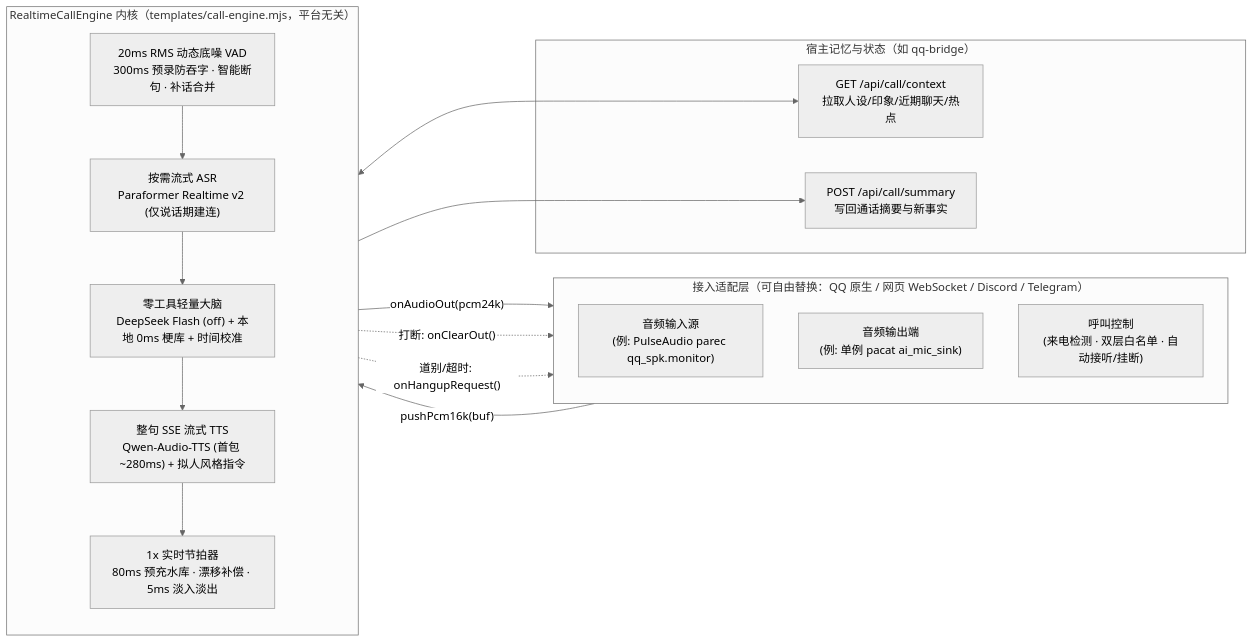
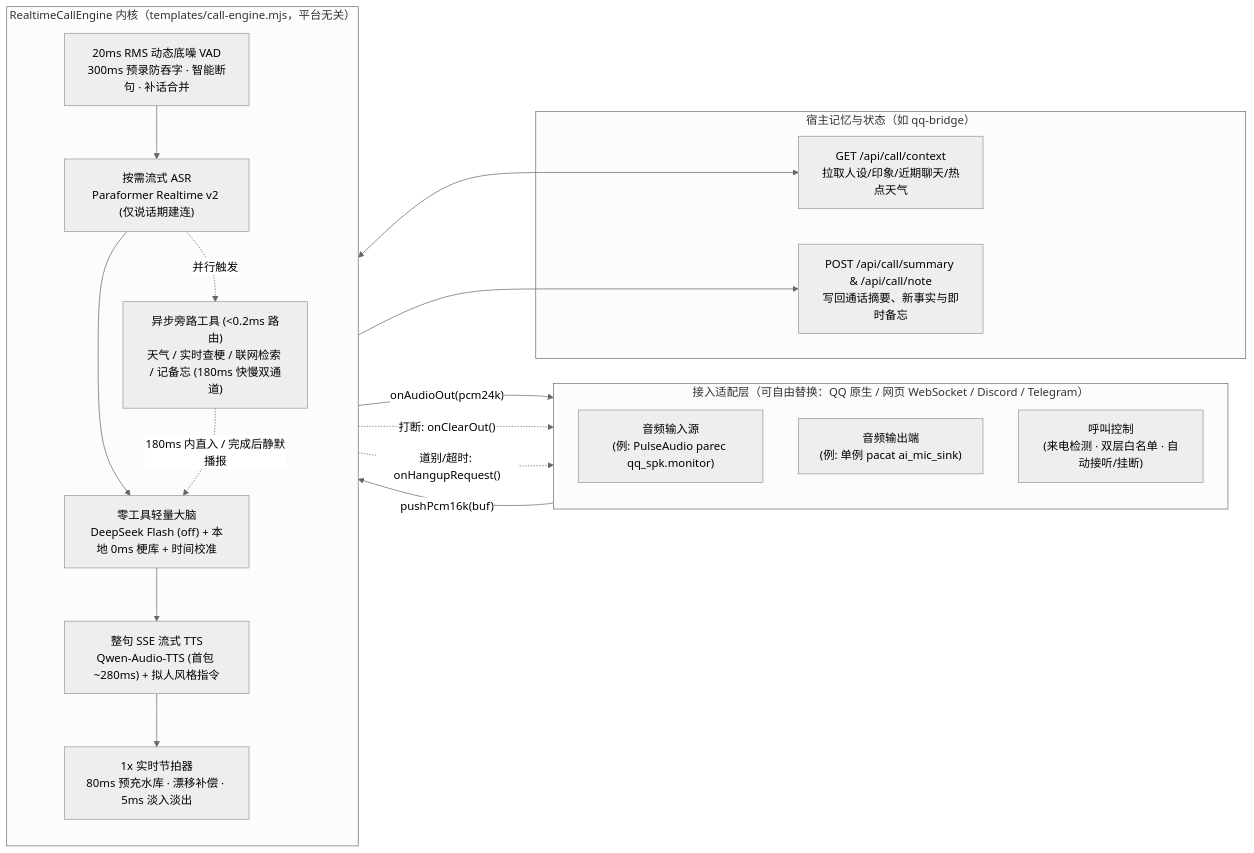
Before and after one commit to mactawishHui/dsh-chat-pet: the diagram in realtime-call-module.md, drawn with Mermaid (neutral theme). The commit also changed other lines of this file and 1 other file, not shown here.

Commit message:
docs: align architecture diagrams, config blocks, and deployment SOPs for all 5 upgrades

````diff
--- a/realtime-call-module.md
+++ b/realtime-call-module.md
@@ -24,30 +24,32 @@
 ```mermaid
 flowchart LR
   subgraph Adapter["接入适配层（可自由替换：QQ 原生 / 网页 WebSocket / Discord / Telegram）"]
     direction TB
     A1["音频输入源<br/>(例: PulseAudio parec qq_spk.monitor)"]
     A2["音频输出端<br/>(例: 单例 pacat ai_mic_sink)"]
     A3["呼叫控制<br/>(来电检测 · 双层白名单 · 自动接听/挂断)"]
   end
 
   subgraph Engine["RealtimeCallEngine 内核（templates/call-engine.mjs，平台无关）"]
     direction TB
     E1["20ms RMS 动态底噪 VAD<br/>300ms 预录防吞字 · 智能断句 · 补话合并"]
     E2["按需流式 ASR<br/>Paraformer Realtime v2 (仅说话期建连)"]
     E3["零工具轻量大脑<br/>DeepSeek Flash (off) + 本地 0ms 梗库 + 时间校准"]
+    E3S["异步旁路工具 (<0.2ms 路由)<br/>天气 / 实时查梗 / 联网检索 / 记备忘 (180ms 快慢双通道)"]
     E4["整句 SSE 流式 TTS<br/>Qwen-Audio-TTS (首包 ~280ms) + 拟人风格指令"]
     E5["1x 实时节拍器<br/>80ms 预充水库 · 漂移补偿 · 5ms 淡入淡出"]
   end
 
   subgraph Host["宿主记忆与状态（如 qq-bridge）"]
-    H1["GET /api/call/context<br/>拉取人设/印象/近期聊天/热点"]
-    H2["POST /api/call/summary<br/>写回通话摘要与新事实"]
+    H1["GET /api/call/context<br/>拉取人设/印象/近期聊天/热点天气"]
+    H2["POST /api/call/summary & /api/call/note<br/>写回通话摘要、新事实与即时备忘"]
   end
 
   A1 -->|"pushPcm16k(buf)"| E1 --> E2 --> E3 --> E4 --> E5
+  E2 -.->|"并行触发"| E3S -.->|"180ms 内直入 / 完成后静默播报"| E3
   E5 -->|"onAudioOut(pcm24k)"| A2
   E1 -.->|"打断: onClearOut()"| A2
   E3 -.->|"道别/超时: onHangupRequest()"| A3
   Engine <--> H1
   Engine --> H2
 ```
````
